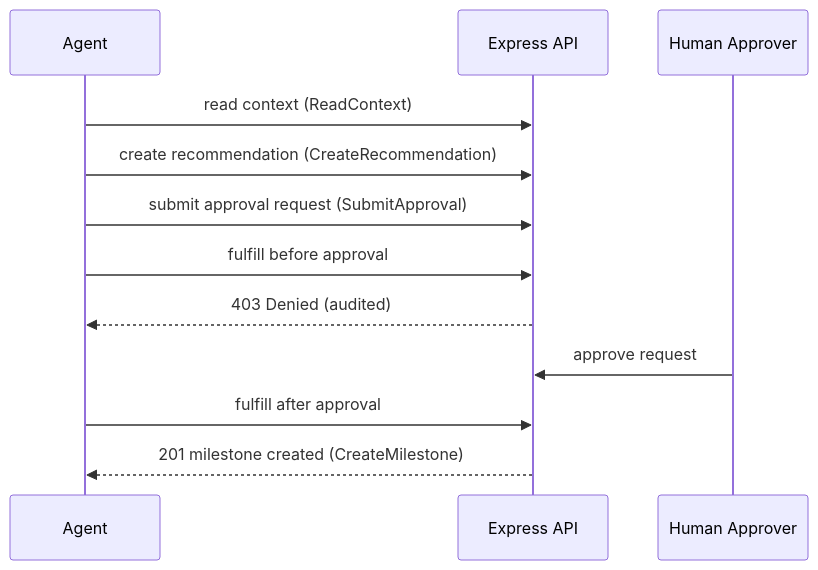
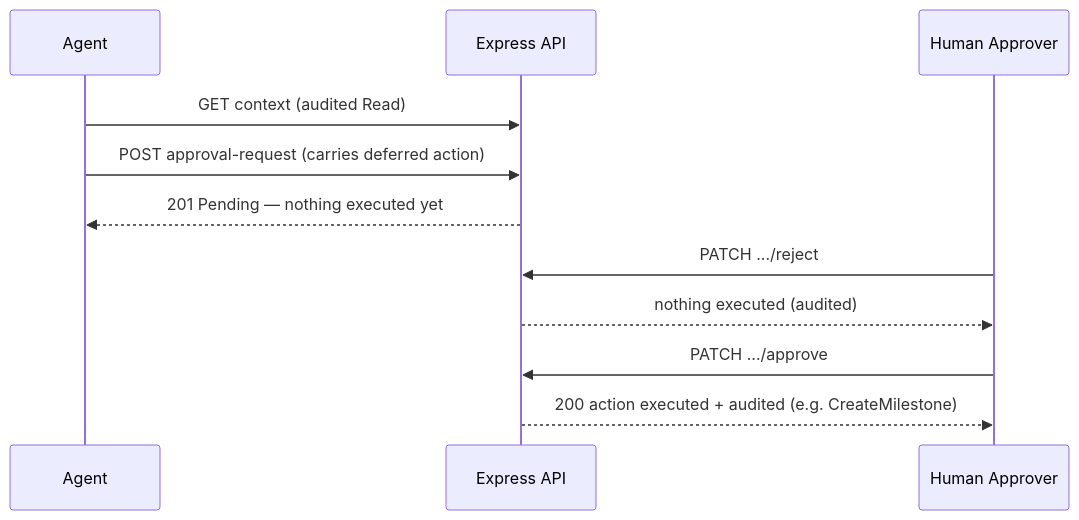
One commit to amandatranMS/Project changed the second of 2 diagrams in docs/architecture.md. Above: the diagram before and after it, drawn with Mermaid. The commit also changed other lines of this file and 7 other files, not shown here.

````diff
--- a/docs/architecture.md
+++ b/docs/architecture.md
@@ -101,14 +118,13 @@
 ```mermaid
 sequenceDiagram
   participant A as Agent
   participant API as Express API
   participant H as Human Approver
-  A->>API: read context (ReadContext)
-  A->>API: create recommendation (CreateRecommendation)
-  A->>API: submit approval request (SubmitApproval)
-  A->>API: fulfill before approval
-  API-->>A: 403 Denied (audited)
-  H->>API: approve request
-  A->>API: fulfill after approval
-  API-->>A: 201 milestone created (CreateMilestone)
+  A->>API: GET context (audited Read)
+  A->>API: POST approval-request (carries deferred action)
+  API-->>A: 201 Pending — nothing executed yet
+  H->>API: PATCH .../reject
+  API-->>H: nothing executed (audited)
+  H->>API: PATCH .../approve
+  API-->>H: 200 action executed + audited (e.g. CreateMilestone)
 ```
````
